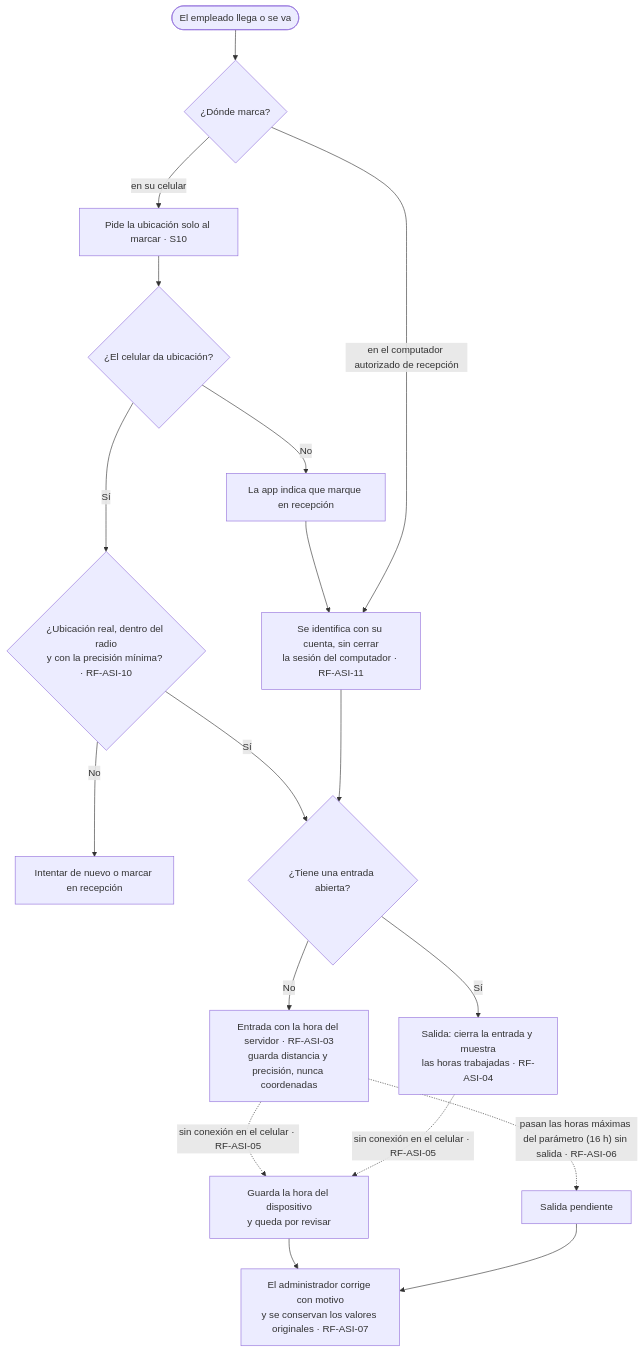
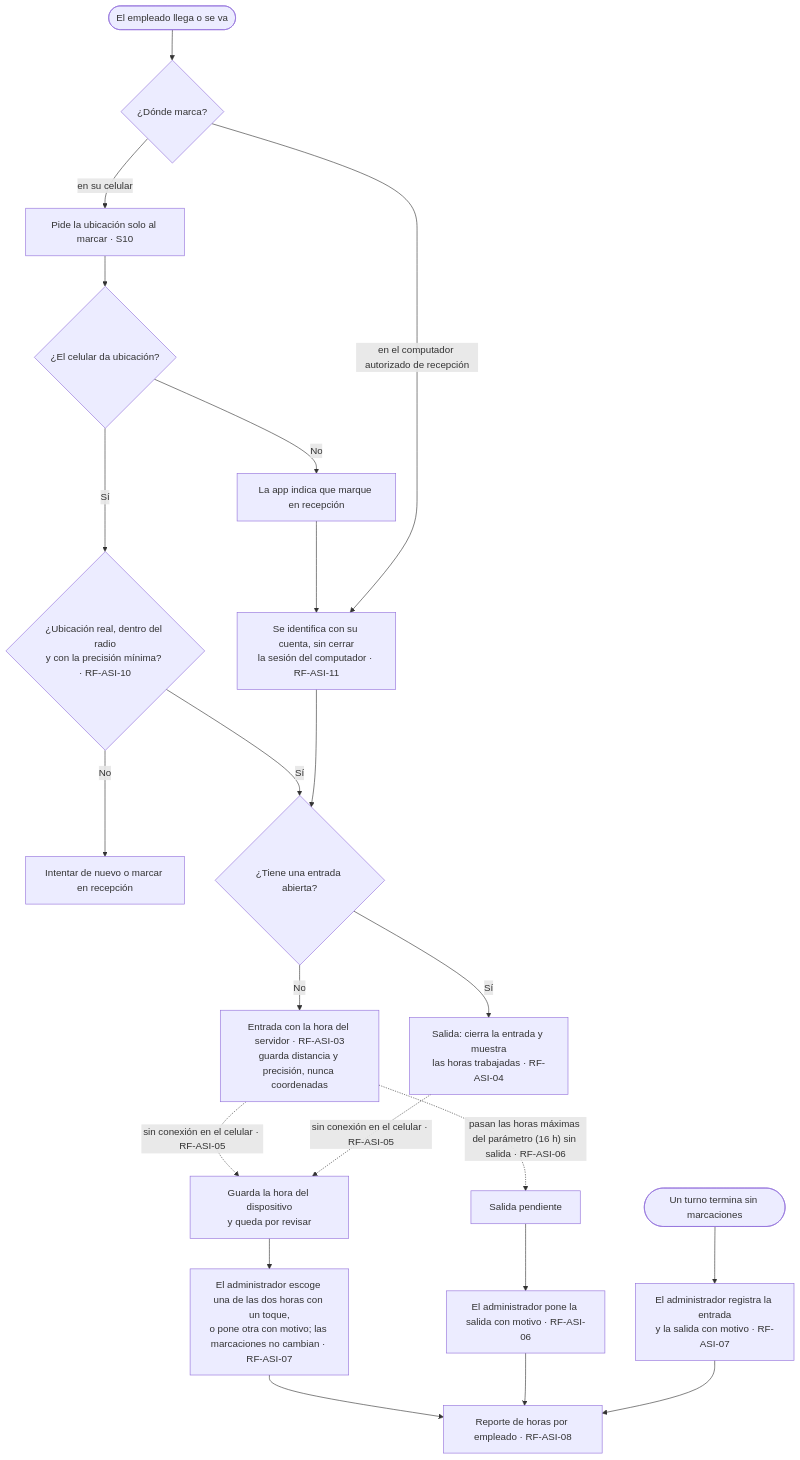
The tenth of 13 diagrams in docs/PRD.md (PeakDevCol/HotelManagement), drawn with Mermaid before and after one commit. The commit also changed other lines of this file, not shown here.

````diff
--- a/docs/PRD.md
+++ b/docs/PRD.md
@@ -1220,20 +1229,22 @@
 ```mermaid
 flowchart TD
     employeeArrives(["El empleado llega o se va"]) --> where{"¿Dónde marca?"}
     where -->|"en su celular"| askLocation["Pide la ubicación solo al marcar · S10"]
     askLocation --> hasLocation{"¿El celular da ubicación?"}
     hasLocation -->|"No"| goToReception["La app indica que marque en recepción"]
     goToReception --> authorizedComputer
     hasLocation -->|"Sí"| insideZone{"¿Ubicación real, dentro del radio<br/>y con la precisión mínima? · RF-ASI-10"}
     insideZone -->|"No"| retry["Intentar de nuevo o marcar en recepción"]
     insideZone -->|"Sí"| hasOpenEntry
     where -->|"en el computador autorizado de recepción"| authorizedComputer["Se identifica con su cuenta, sin cerrar<br/>la sesión del computador · RF-ASI-11"]
     authorizedComputer --> hasOpenEntry{"¿Tiene una entrada abierta?"}
     hasOpenEntry -->|"No"| clockIn["Entrada con la hora del servidor · RF-ASI-03<br/>guarda distancia y precisión, nunca coordenadas"]
     hasOpenEntry -->|"Sí"| clockOut["Salida: cierra la entrada y muestra<br/>las horas trabajadas · RF-ASI-04"]
     clockIn -.->|"sin conexión en el celular · RF-ASI-05"| needsReview["Guarda la hora del dispositivo<br/>y queda por revisar"]
     clockOut -.->|"sin conexión en el celular · RF-ASI-05"| needsReview
     clockIn -.->|"pasan las horas máximas del parámetro (16 h) sin salida · RF-ASI-06"| missingClockOut["Salida pendiente"]
-    needsReview --> correction["El administrador corrige con motivo<br/>y se conservan los valores originales · RF-ASI-07"]
-    missingClockOut --> correction
+    needsReview --> correction["El administrador escoge una de las dos horas con un toque,<br/>o pone otra con motivo; las marcaciones no cambian · RF-ASI-07"]
+    missingClockOut --> setExit["El administrador pone la salida con motivo · RF-ASI-06"]
+    shiftWithoutMarks(["Un turno termina sin marcaciones"]) --> registerMarks["El administrador registra la entrada<br/>y la salida con motivo · RF-ASI-07"]
+    correction & setExit & registerMarks --> hoursReport["Reporte de horas por empleado · RF-ASI-08"]
 ```
````
